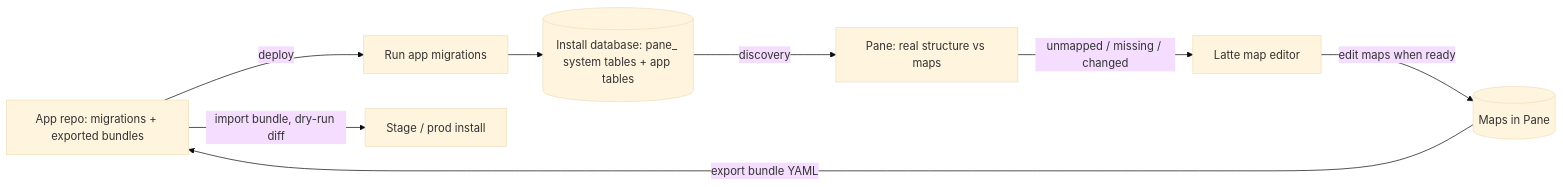
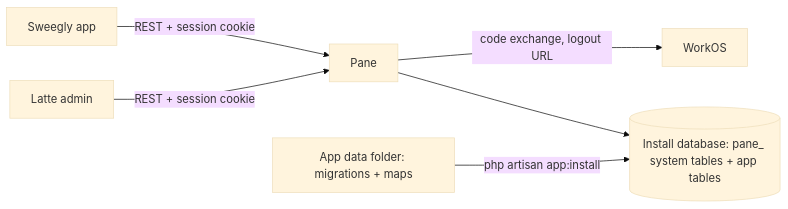
Before and after one commit to erme2/Pane: the diagram in docs/architecture.md, drawn with Mermaid (base theme). The commit also changed other lines of this file and 6 other files, not shown here.

First line of the commit message:
feature: rewrite architecture and API docs for the MVP roadmap

````diff
--- a/docs/architecture.md
+++ b/docs/architecture.md
@@ -213,10 +21,8 @@
 ```mermaid
 flowchart LR
-    Repo[App repo: migrations + exported bundles] -->|deploy| Migrate[Run app migrations]
-    Migrate --> DB[(Install database: pane_ system tables + app tables)]
-    DB -->|discovery| Sync[Pane: real structure vs maps]
-    Sync -->|unmapped / missing / changed| Latte[Latte map editor]
-    Latte -->|edit maps when ready| Maps[(Maps in Pane)]
-    Maps -->|export bundle YAML| Repo
-    Repo -->|import bundle, dry-run diff| Other[Stage / prod install]
+    App[Sweegly app] -->|REST + session cookie| Pane
+    Latte[Latte admin] -->|REST + session cookie| Pane
+    Pane -->|code exchange, logout URL| WorkOS
+    Pane --> DB[(Install database: pane_ system tables + app tables)]
+    Data[App data folder: migrations + maps] -->|php artisan app:install| DB
 ```
````
